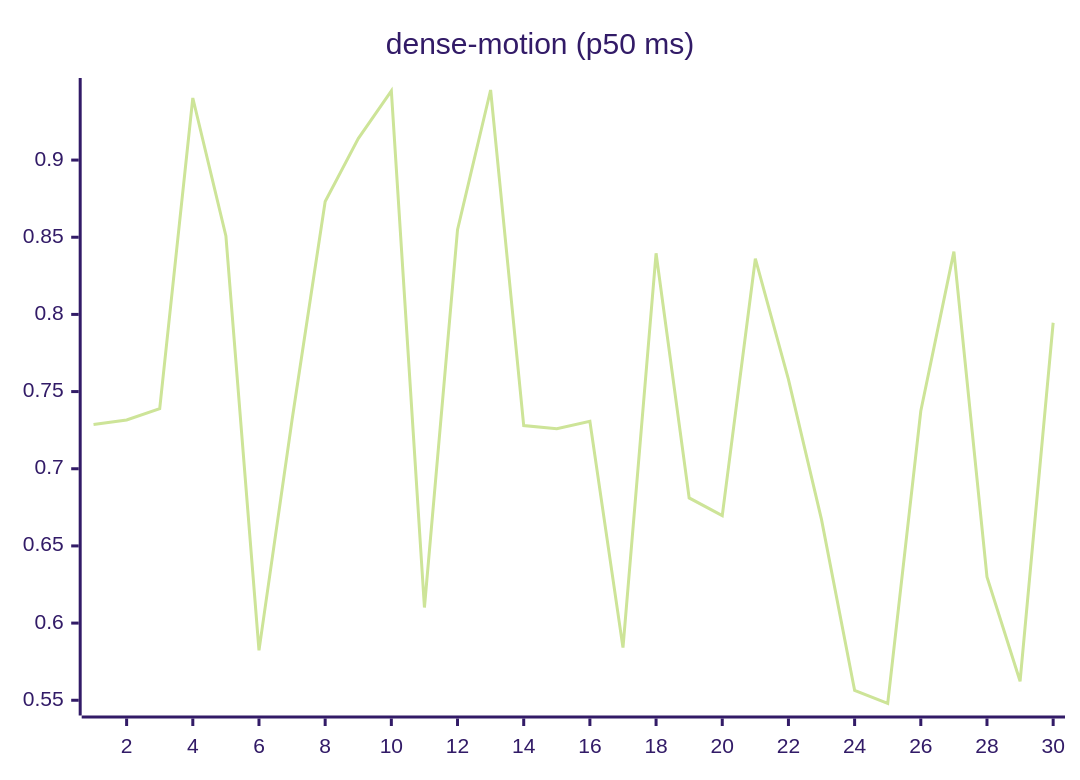
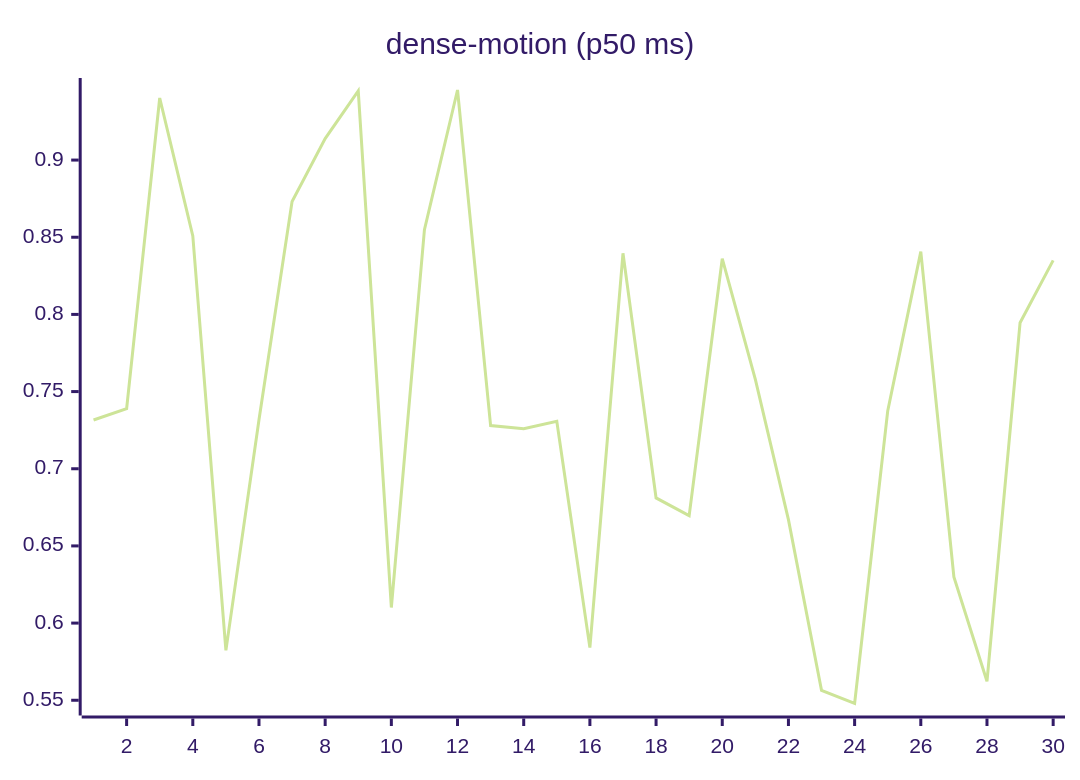
The ninth of 27 diagrams in README.md (josha/Facet), drawn with Mermaid (forest theme) before and after one commit. The commit also changed other lines of this file and 2 other files, not shown here.

````diff
--- a/README.md
+++ b/README.md
@@ -119,6 +119,6 @@
 ```mermaid
 xychart-beta
     title "dense-motion (p50 ms)"
     x-axis 1 --> 30
-    line [0.7286, 0.7316, 0.7389, 0.9402, 0.8508, 0.5823, 0.7317, 0.8731, 0.9139, 0.9448, 0.6101, 0.8549, 0.9454, 0.7280, 0.7259, 0.7307, 0.5841, 0.8396, 0.6811, 0.6696, 0.8361, 0.7579, 0.6670, 0.5564, 0.5479, 0.7374, 0.8407, 0.6299, 0.5623, 0.7946]
+    line [0.7316, 0.7389, 0.9402, 0.8508, 0.5823, 0.7317, 0.8731, 0.9139, 0.9448, 0.6101, 0.8549, 0.9454, 0.7280, 0.7259, 0.7307, 0.5841, 0.8396, 0.6811, 0.6696, 0.8361, 0.7579, 0.6670, 0.5564, 0.5479, 0.7374, 0.8407, 0.6299, 0.5623, 0.7946, 0.8350]
 ```
````
